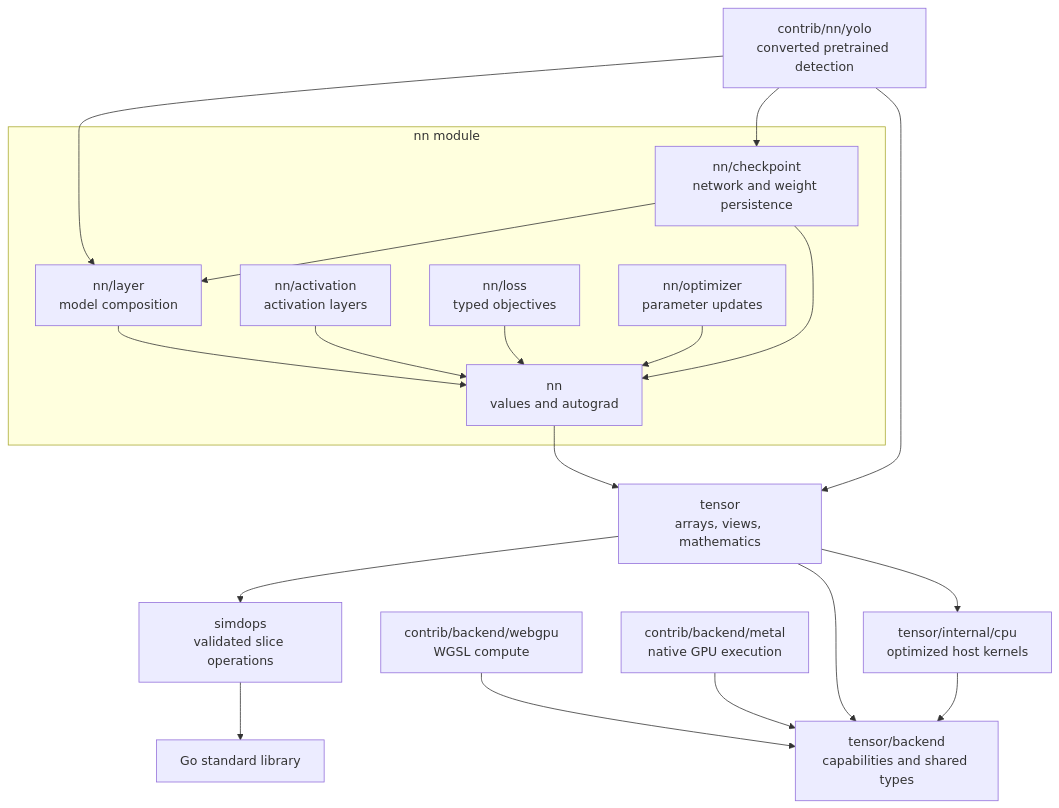
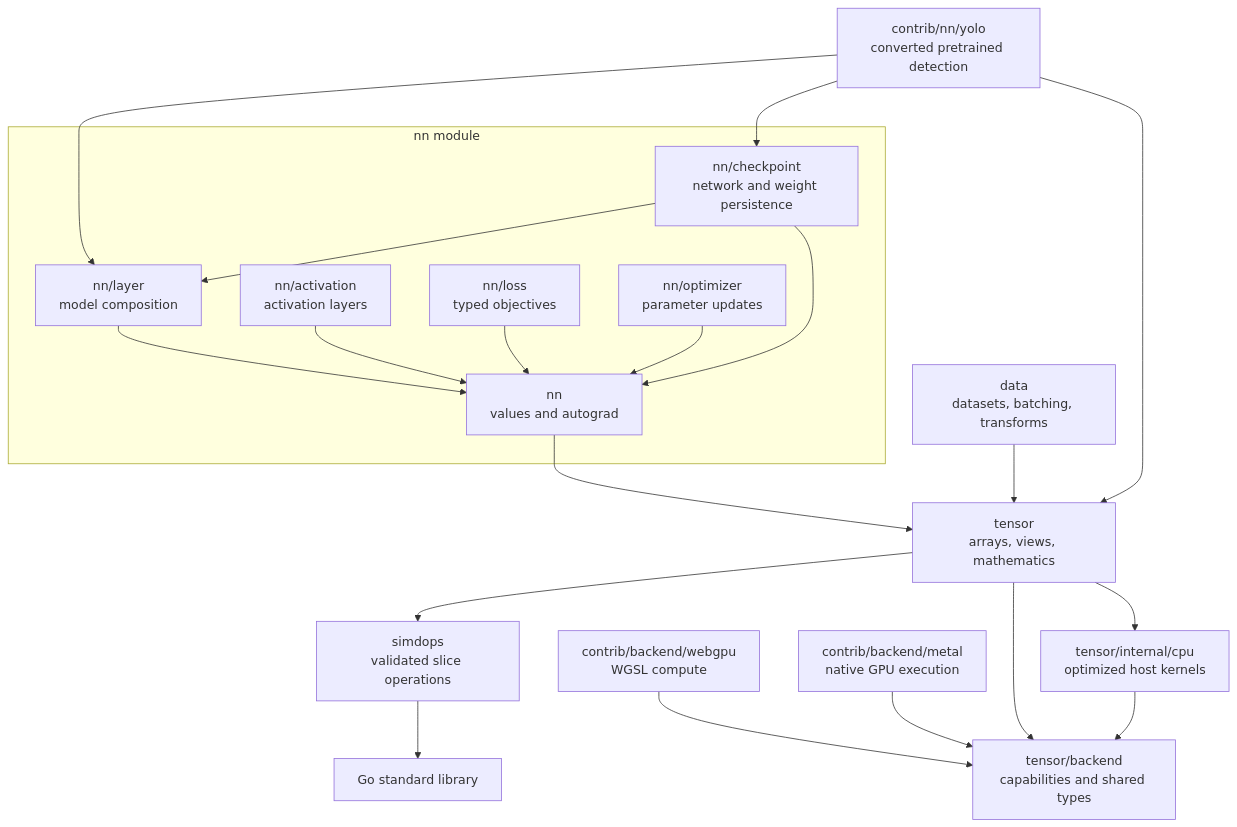
One commit to bpradana/goml changed the first of 3 diagrams in docs/architecture.md. Above: the diagram before and after it, drawn with Mermaid. The commit also changed other lines of this file and 34 other files, not shown here.

````diff
--- a/docs/architecture.md
+++ b/docs/architecture.md
@@ -13,22 +13,23 @@
 ```mermaid
 flowchart TD
     subgraph Neural["nn module"]
         Layer["nn/layer<br/>model composition"] --> Core["nn<br/>values and autograd"]
         Activation["nn/activation<br/>activation layers"] --> Core
         Loss["nn/loss<br/>typed objectives"] --> Core
         Optimizer["nn/optimizer<br/>parameter updates"] --> Core
         Checkpoint["nn/checkpoint<br/>network and weight persistence"] --> Layer
         Checkpoint --> Core
     end
     YOLO["contrib/nn/yolo<br/>converted pretrained detection"] --> Layer
     YOLO --> Checkpoint
     YOLO --> Tensor
+    Data["data<br/>datasets, batching, transforms"] --> Tensor
     Core --> Tensor["tensor<br/>arrays, views, mathematics"]
     Tensor --> SIMD["simdops<br/>validated slice operations"]
     WebGPU["contrib/backend/webgpu<br/>WGSL compute"] --> Contract
     Metal["contrib/backend/metal<br/>native GPU execution"] --> Contract["tensor/backend<br/>capabilities and shared types"]
     Tensor --> Contract
     CPU["tensor/internal/cpu<br/>optimized host kernels"] --> Contract
     Tensor --> CPU
     SIMD --> Std["Go standard library"]
 ```
````
